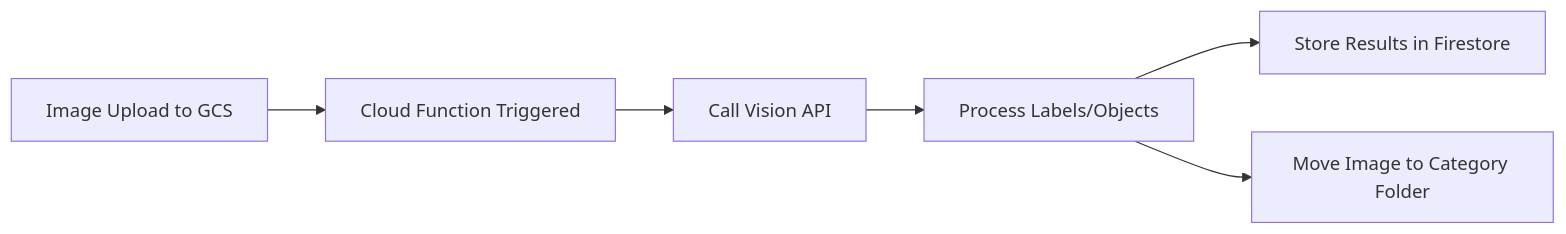
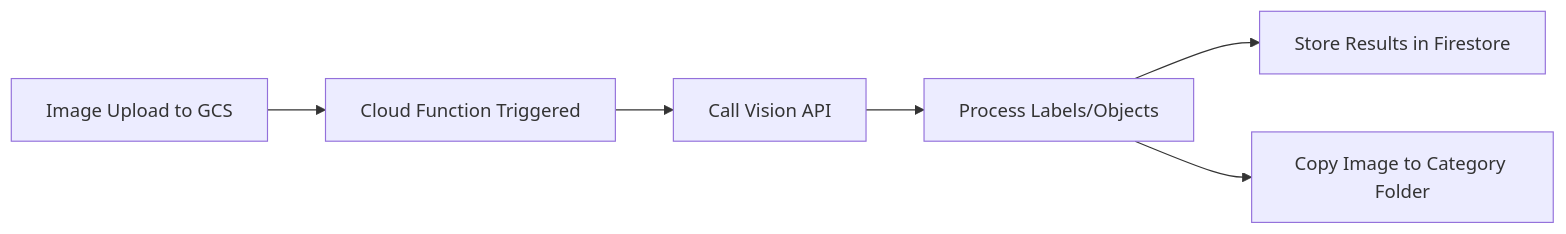
The diagram in posts/2026-02-17-how-to-build-an-image-classification-pipeline-using-the-cloud-vision-api-and-cloud-functions/README.md (OneUptime/blog), drawn with Mermaid before and after one commit. The commit also changed other lines of this file and 2 other files, not shown here.

Commit message:
validate: 2026-02-17-how-to-build-an-image-classification-pipeline-using-the-cloud-vision-api-and-cloud-functions

````diff
--- a/posts/2026-02-17-how-to-build-an-image-classification-pipeline-using-the-cloud-vision-api-and-cloud-functions/README.md
+++ b/posts/2026-02-17-how-to-build-an-image-classification-pipeline-using-the-cloud-vision-api-and-cloud-functions/README.md
@@ -19,8 +19,8 @@
 ```mermaid
 graph LR
     A[Image Upload to GCS] --> B[Cloud Function Triggered]
     B --> C[Call Vision API]
     C --> D[Process Labels/Objects]
     D --> E[Store Results in Firestore]
-    D --> F[Move Image to Category Folder]
+    D --> F[Copy Image to Category Folder]
 ```
````
